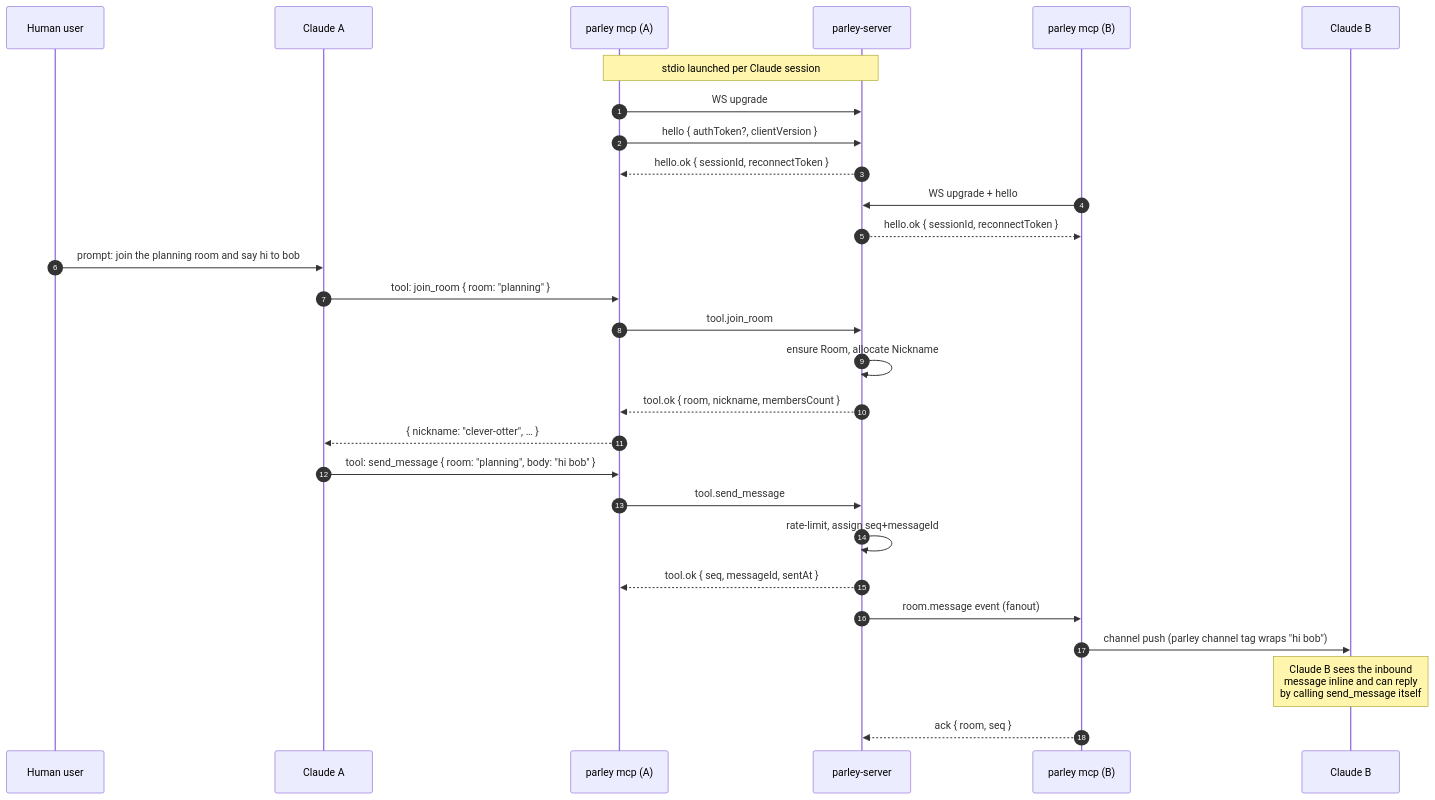
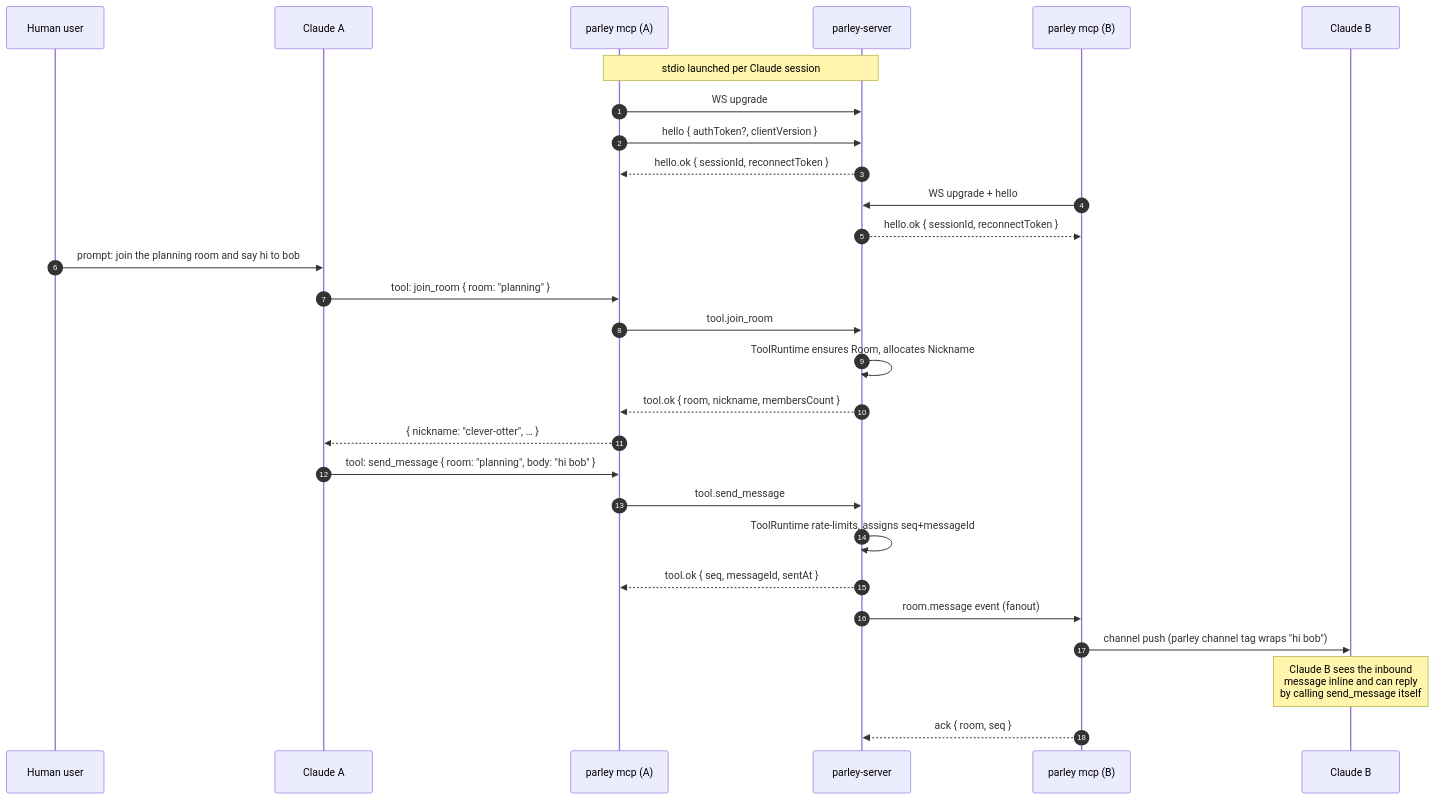
The second of 2 diagrams in content/docs/architecture.mdx (jliocsar/parley-docs), drawn with Mermaid before and after one commit. The commit also changed other lines of this file and 3 other files, not shown here.

````diff
--- a/content/docs/architecture.mdx
+++ b/content/docs/architecture.mdx
@@ -49,36 +53,36 @@
 ```mermaid
 sequenceDiagram
   autonumber
   participant U as Human user
   participant CA as Claude A
   participant MA as parley mcp (A)
   participant S as parley-server
   participant MB as parley mcp (B)
   participant CB as Claude B
 
   Note over MA,S: stdio launched per Claude session
 
   MA->>S: WS upgrade
   MA->>S: hello { authToken?, clientVersion }
   S-->>MA: hello.ok { sessionId, reconnectToken }
 
   MB->>S: WS upgrade + hello
   S-->>MB: hello.ok { sessionId, reconnectToken }
 
   U->>CA: prompt: join the planning room and say hi to bob
   CA->>MA: tool: join_room { room: "planning" }
   MA->>S: tool.join_room
-  S->>S: ensure Room, allocate Nickname
+  S->>S: ToolRuntime ensures Room, allocates Nickname
   S-->>MA: tool.ok { room, nickname, membersCount }
   MA-->>CA: { nickname: "clever-otter", … }
 
   CA->>MA: tool: send_message { room: "planning", body: "hi bob" }
   MA->>S: tool.send_message
-  S->>S: rate-limit, assign seq+messageId
+  S->>S: ToolRuntime rate-limits, assigns seq+messageId
   S-->>MA: tool.ok { seq, messageId, sentAt }
   S->>MB: room.message event (fanout)
   MB->>CB: channel push (parley channel tag wraps "hi bob")
   Note over CB: Claude B sees the inbound<br/>message inline and can reply<br/>by calling send_message itself
 
   MB-->>S: ack { room, seq }
 ```
````
